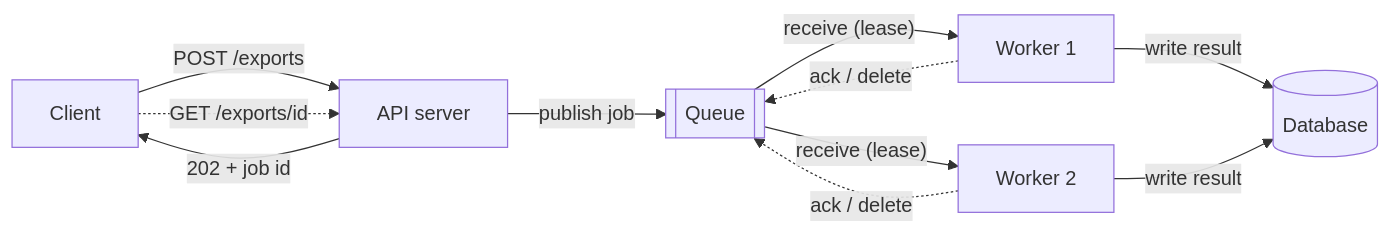
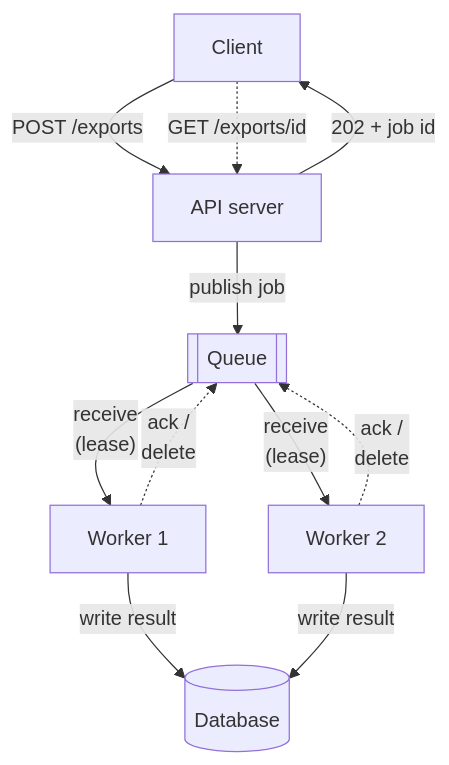
Before and after one commit to butyavk/system-design: the first of 2 diagrams in src/content/docs/async/queues-and-back-pressure.mdx, drawn with Mermaid. The commit also changed 144 other files, not shown here.

````diff
--- a/src/content/docs/async/queues-and-back-pressure.mdx
+++ b/src/content/docs/async/queues-and-back-pressure.mdx
@@ -31,11 +31,11 @@
 ```mermaid
-flowchart LR
+flowchart TB
   client["Client"] -->|"POST /exports"| api["API server"]
   api -->|"publish job"| queue[["Queue"]]
   api -->|"202 + job id"| client
-  queue -->|"receive (lease)"| w1["Worker 1"]
-  queue -->|"receive (lease)"| w2["Worker 2"]
+  queue -->|"receive<br/>(lease)"| w1["Worker 1"]
+  queue -->|"receive<br/>(lease)"| w2["Worker 2"]
   w1 & w2 -->|"write result"| db[("Database")]
-  w1 & w2 -.->|"ack / delete"| queue
+  w1 & w2 -.->|"ack /<br/>delete"| queue
   client -.->|"GET /exports/id"| api
 ```
````
